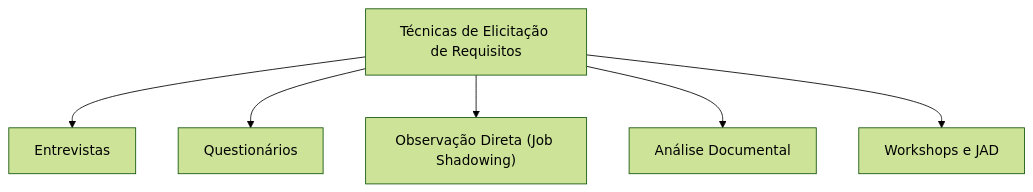
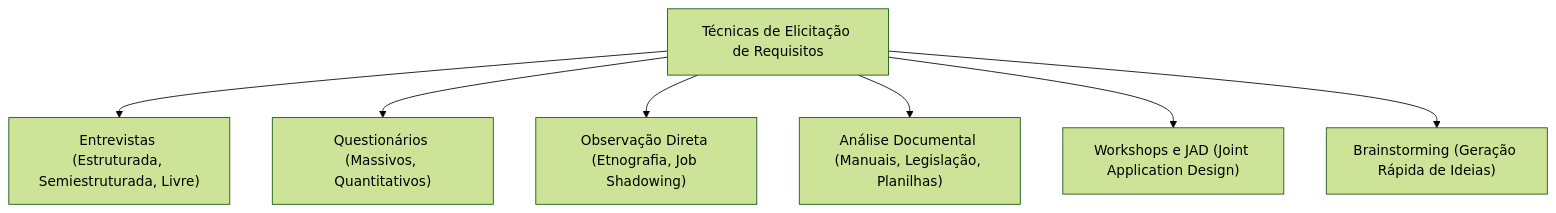
The tenth of 28 diagrams in 4º Semestre/[Prof. Wesley Soares] Engenharia de Software II/Resumos-IA/Caderno-Consolidado.md (murilolol/unifef), drawn with Mermaid (forest theme) before and after one commit. The commit also changed other lines of this file and 40 other files, not shown here.

````diff
--- a/4º Semestre/[Prof. Wesley Soares] Engenharia de Software II/Resumos-IA/Caderno-Consolidado.md
+++ b/4º Semestre/[Prof. Wesley Soares] Engenharia de Software II/Resumos-IA/Caderno-Consolidado.md
@@ -483,9 +513,10 @@
 ```mermaid
 flowchart TD
-    TT["Técnicas de Elicitação de Requisitos"]
-    TT --> E["Entrevistas"]
-    TT --> Q["Questionários"]
-    TT --> O["Observação Direta (Job Shadowing)"]
-    TT --> AD["Análise Documental"]
-    TT --> W["Workshops e JAD"]
+    TE["Técnicas de Elicitação de Requisitos"]
+    TE --> EN["Entrevistas (Estruturada, Semiestruturada, Livre)"]
+    TE --> QU["Questionários (Massivos, Quantitativos)"]
+    TE --> OB["Observação Direta (Etnografia, Job Shadowing)"]
+    TE --> AD["Análise Documental (Manuais, Legislação, Planilhas)"]
+    TE --> WK["Workshops e JAD (Joint Application Design)"]
+    TE --> BR["Brainstorming (Geração Rápida de Ideias)"]
 ```
````
